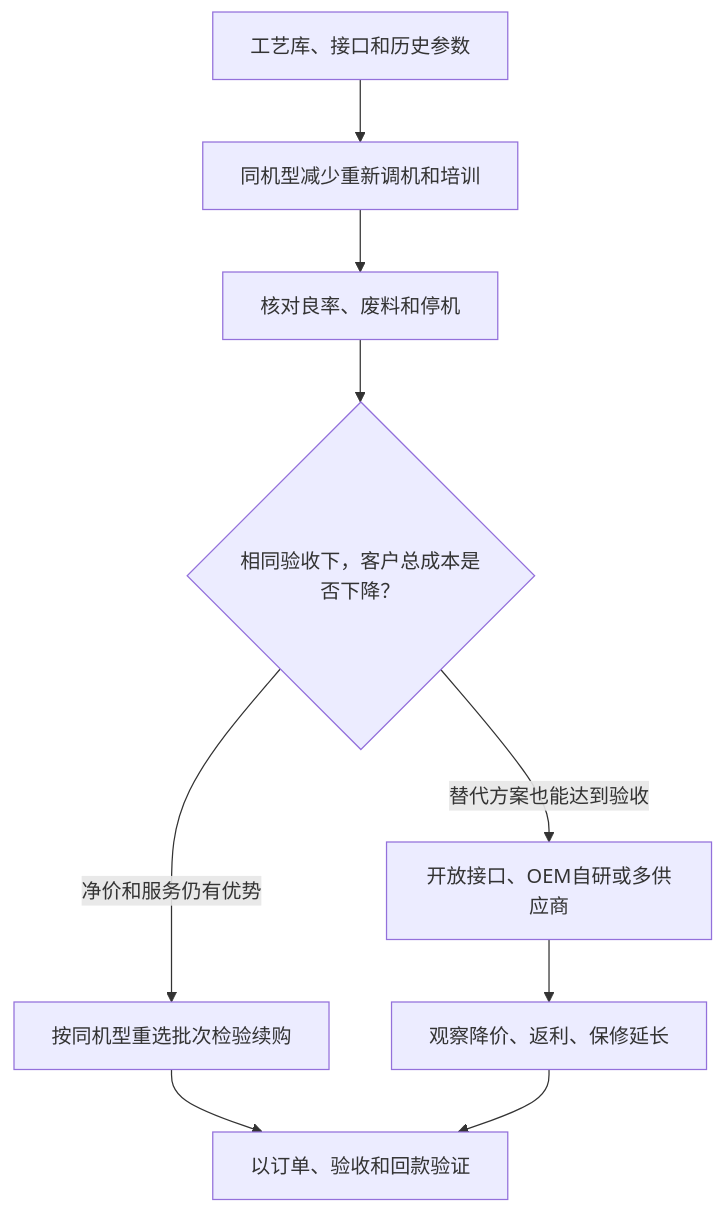
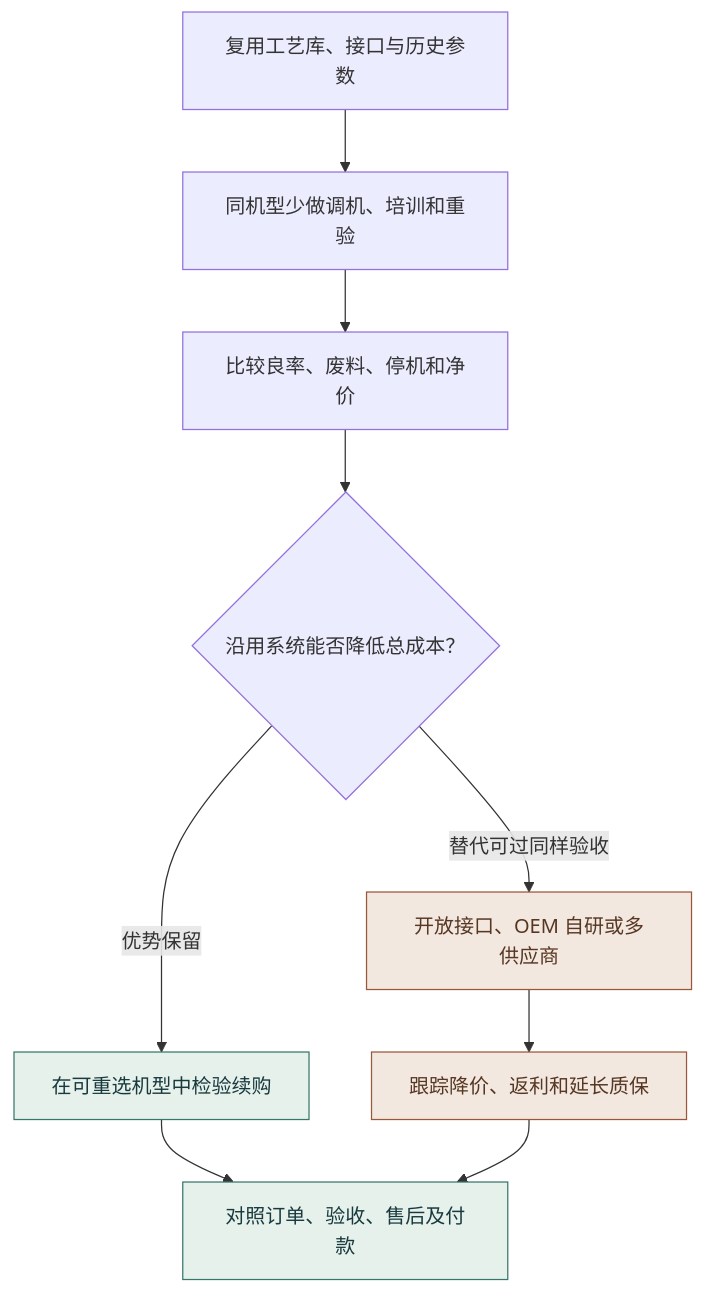
The third of 4 diagrams in 报告留存处/柏楚电子证券投资分析报告11.23一版.md (Loyyed/Investment-Studies-Assistance-Project-Yw-DDL-2026.12.2), drawn with Mermaid before and after one commit. The commit also changed other lines of this file and 14 other files, not shown here.

````diff
--- a/报告留存处/柏楚电子证券投资分析报告11.23一版.md
+++ b/报告留存处/柏楚电子证券投资分析报告11.23一版.md
@@ -198,11 +195,15 @@
 ```mermaid
 flowchart TD
-    A["工艺库、接口和历史参数"] --> B["同机型减少重新调机和培训"]
-    B --> C["核对良率、废料和停机"]
-    C --> D{"相同验收下，客户总成本是否下降？"}
-    D -->|"净价和服务仍有优势"| E["按同机型重选批次检验续购"]
-    D -->|"替代方案也能达到验收"| F["开放接口、OEM自研或多供应商"]
-    F --> G["观察降价、返利、保修延长"]
-    E --> H["以订单、验收和回款验证"]
+    A["复用工艺库、接口与历史参数"] --> B["同机型少做调机、培训和重验"]
+    B --> C["比较良率、废料、停机和净价"]
+    C --> D{"沿用系统能否降低总成本？"}
+    D -->|"优势保留"| E["在可重选机型中检验续购"]
+    D -->|"替代可过同样验收"| F["开放接口、OEM 自研或多供应商"]
+    F --> G["跟踪降价、返利和延长质保"]
+    E --> H["对照订单、验收、售后及付款"]
     G --> H
+    classDef gain fill:#e6f1eb,stroke:#38786c,color:#183a3e;
+    classDef risk fill:#f2e8df,stroke:#9a573c,color:#573723;
+    class E,H gain;
+    class F,G risk;
 ```
````
